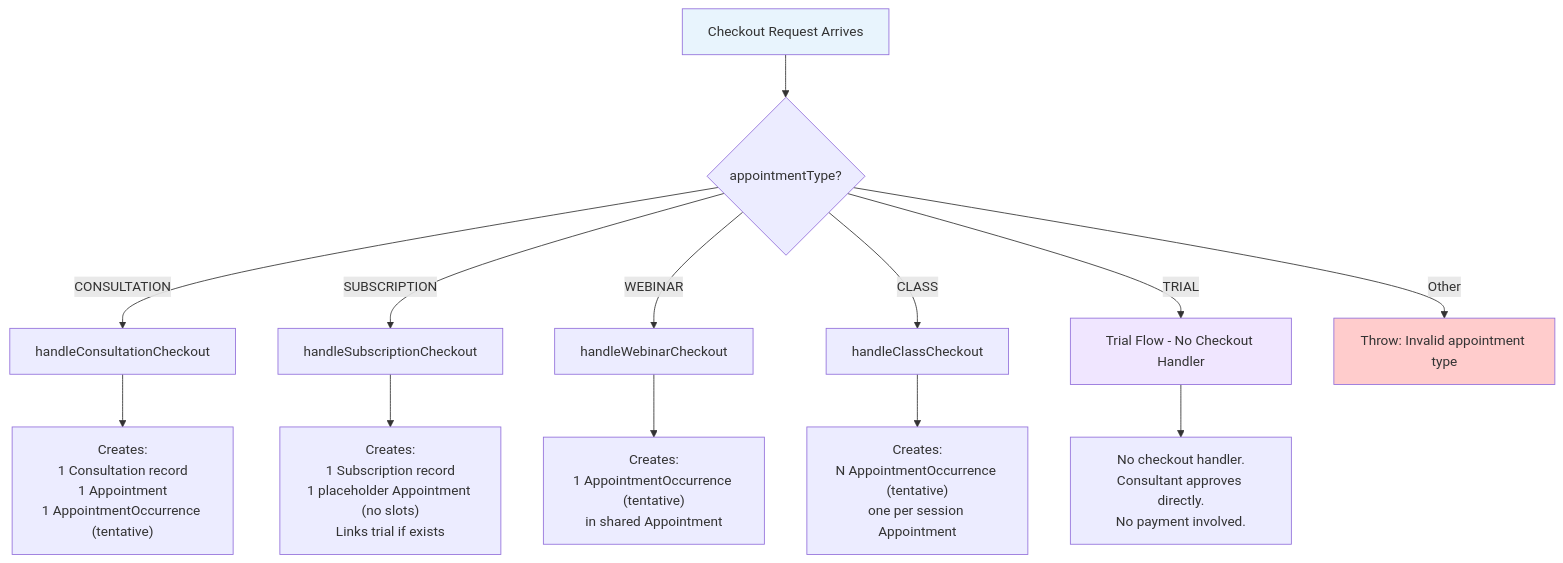
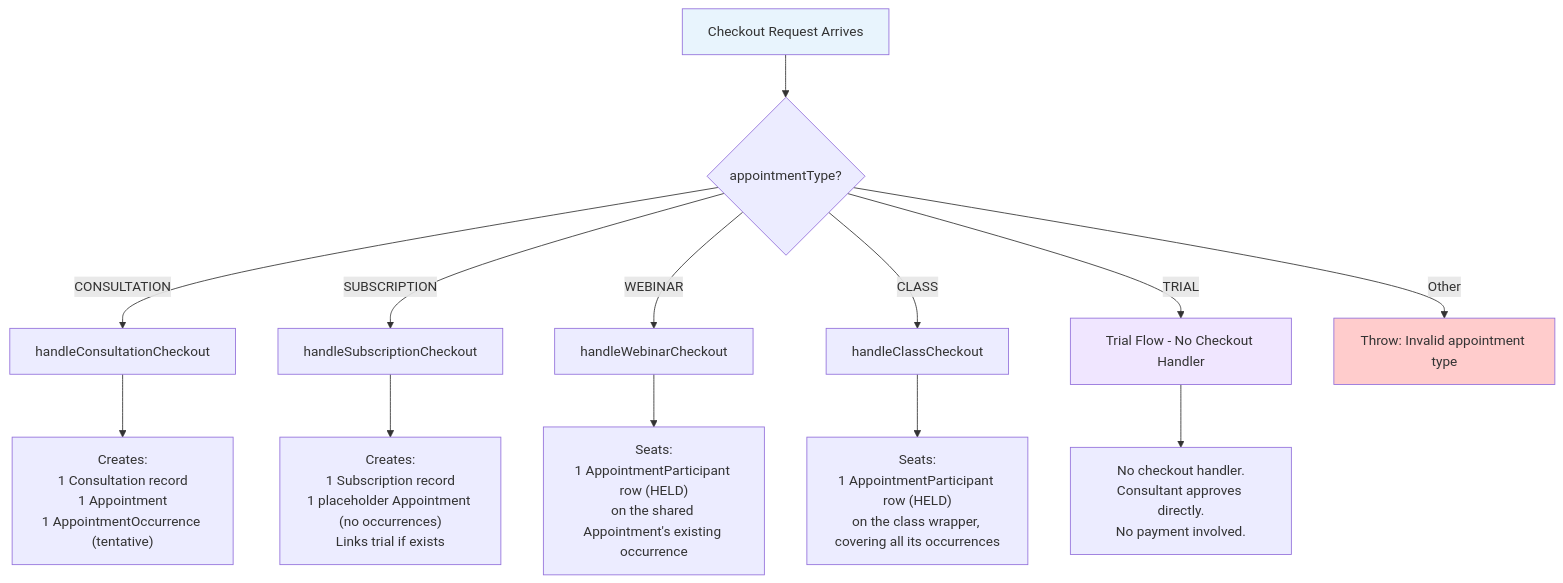
Before and after one commit to Practitionist/familiarise_web: the third of 16 diagrams in docs/booking/06-booking-lifecycle.md, drawn with Mermaid. The commit also changed other lines of this file and 3 other files, not shown here.

Commit message:
docs(vocabulary): narrative rewrites for booking lifecycle/architecture and review scoring docs (#1554)

````diff
--- a/docs/booking/06-booking-lifecycle.md
+++ b/docs/booking/06-booking-lifecycle.md
@@ -149,21 +150,21 @@
 ```mermaid
 flowchart TD
     START[Checkout Request Arrives] --> CHECK_TYPE{appointmentType?}
 
     CHECK_TYPE -->|CONSULTATION| CONSULT[handleConsultationCheckout]
     CHECK_TYPE -->|SUBSCRIPTION| SUB[handleSubscriptionCheckout]
     CHECK_TYPE -->|WEBINAR| WEB[handleWebinarCheckout]
     CHECK_TYPE -->|CLASS| CLS[handleClassCheckout]
     CHECK_TYPE -->|TRIAL| TRIAL[Trial Flow - No Checkout Handler]
     CHECK_TYPE -->|Other| ERR[Throw: Invalid appointment type]
 
     CONSULT --> CONSULT_DB["Creates:<br/>1 Consultation record<br/>1 Appointment<br/>1 AppointmentOccurrence (tentative)"]
-    SUB --> SUB_DB["Creates:<br/>1 Subscription record<br/>1 placeholder Appointment (no slots)<br/>Links trial if exists"]
-    WEB --> WEB_DB["Creates:<br/>1 AppointmentOccurrence (tentative)<br/>in shared Appointment"]
-    CLS --> CLS_DB["Creates:<br/>N AppointmentOccurrence (tentative)<br/>one per session Appointment"]
+    SUB --> SUB_DB["Creates:<br/>1 Subscription record<br/>1 placeholder Appointment (no occurrences)<br/>Links trial if exists"]
+    WEB --> WEB_DB["Seats:<br/>1 AppointmentParticipant row (HELD)<br/>on the shared Appointment's existing occurrence"]
+    CLS --> CLS_DB["Seats:<br/>1 AppointmentParticipant row (HELD)<br/>on the class wrapper, covering all its occurrences"]
     TRIAL --> TRIAL_DB["No checkout handler.<br/>Consultant approves directly.<br/>No payment involved."]
 
     style START fill:#e8f4fd
     style ERR fill:#ffcccc
     style TRIAL fill:#f0e6ff
 ```
````
